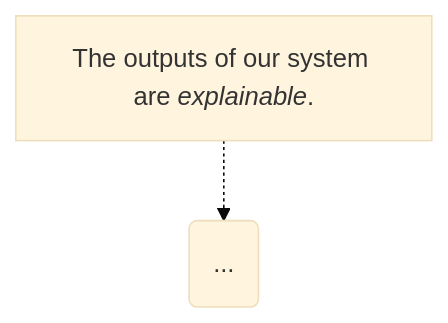
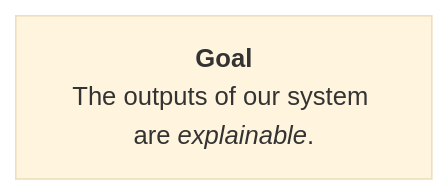
Before and after one commit to alan-turing-institute/AssurancePlatform: the second of 6 diagrams in site/docs/guidance/core-elements.md, drawn with Mermaid (base theme). The commit also changed other lines of this file, not shown here.

````diff
--- a/site/docs/guidance/core-elements.md
+++ b/site/docs/guidance/core-elements.md
@@ -46,4 +58,5 @@
-``` mermaid
+```mermaid
 graph TD
-  A["`The outputs of our system are *explainable*.`"] -.-> B(...);
+  G1["`**Goal**
+  The outputs of our system are *explainable*.`"];
 ```
````
